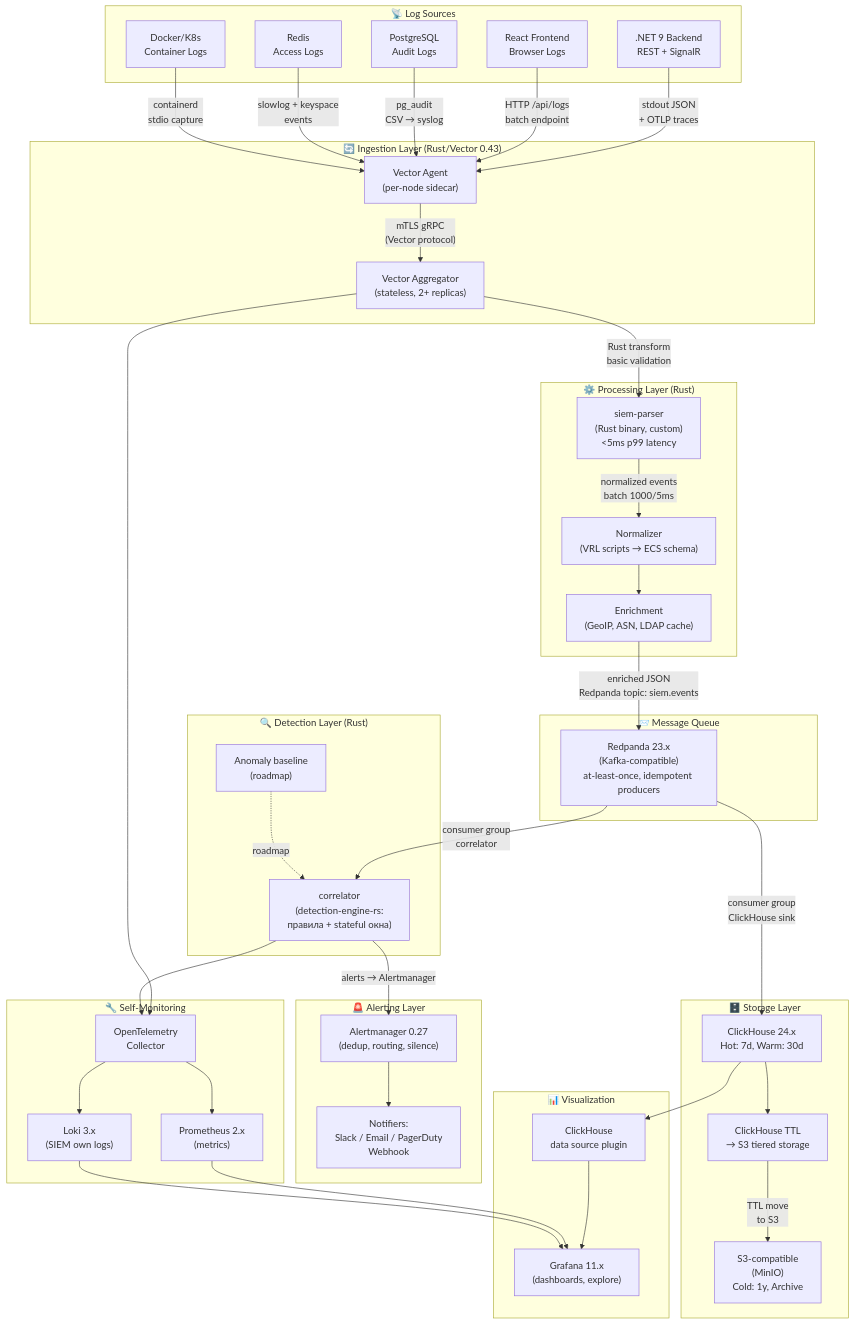
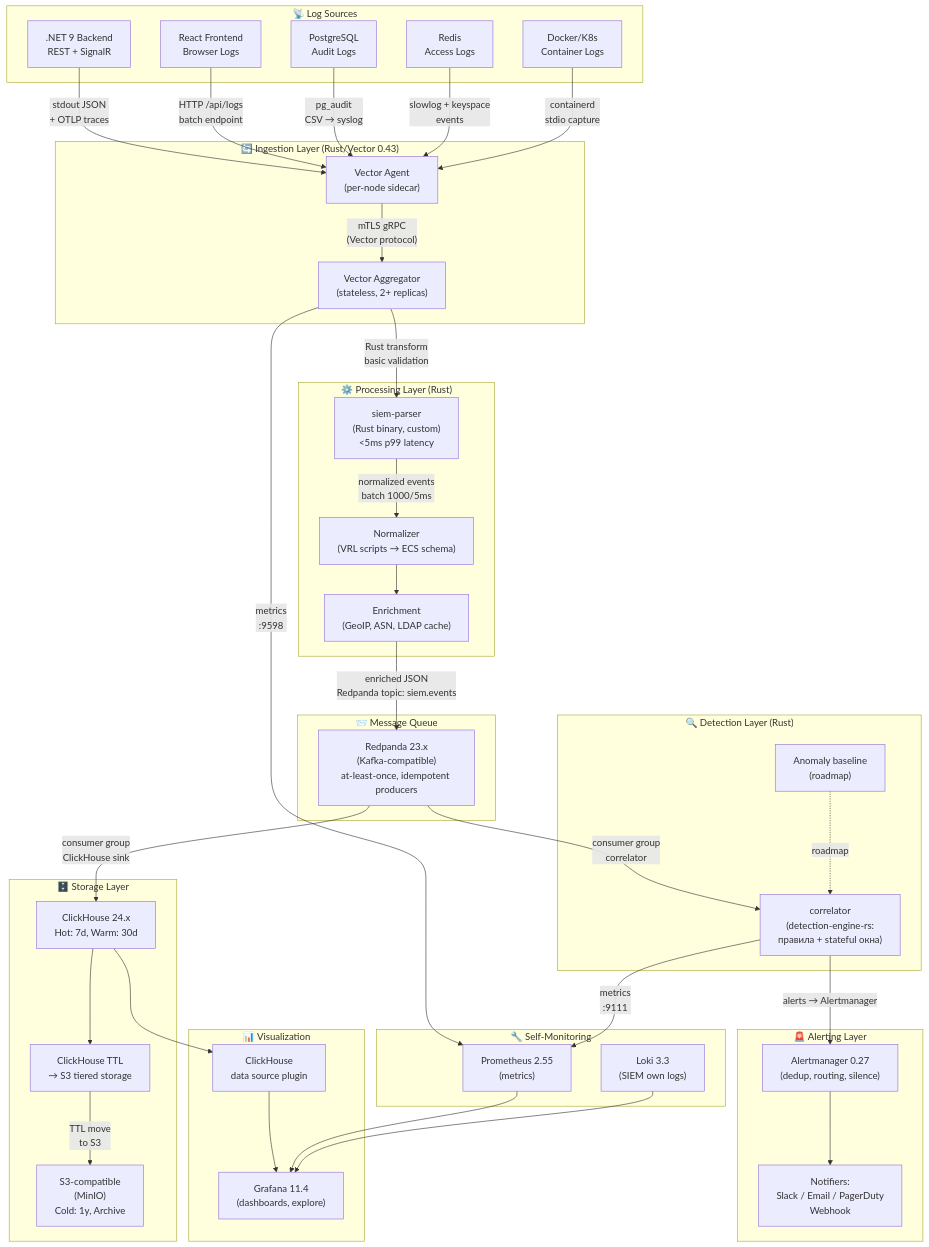
One commit to Davitushka/thread-sync changed the diagram in docs/ARCHITECTURE.md. Above: the diagram before and after it, drawn with Mermaid. The commit also changed other lines of this file and 30 other files, not shown here.

````diff
--- a/docs/ARCHITECTURE.md
+++ b/docs/ARCHITECTURE.md
@@ -46,14 +46,13 @@
     end
 
     subgraph Visualization["📊 Visualization"]
-        GRAFANA["Grafana 11.x\n(dashboards, explore)"]
+        GRAFANA["Grafana 11.4\n(dashboards, explore)"]
         CH_PLUGIN["ClickHouse\ndata source plugin"]
     end
 
     subgraph Ops["🔧 Self-Monitoring"]
-        PROM["Prometheus 2.x\n(metrics)"]
-        LOKI["Loki 3.x\n(SIEM own logs)"]
-        OTEL["OpenTelemetry\nCollector"]
+        PROM["Prometheus 2.55\n(metrics)"]
+        LOKI["Loki 3.3\n(SIEM own logs)"]
     end
 
     BE -->|"stdout JSON\n+ OTLP traces"| VEC
@@ -81,10 +80,8 @@
     CH --> CH_PLUGIN
     CH_PLUGIN --> GRAFANA
 
-    VEC_AGG --> OTEL
-    CORR_ENGINE --> OTEL
-    OTEL --> PROM
-    OTEL --> LOKI
+    VEC_AGG -->|"metrics\n:9598"| PROM
+    CORR_ENGINE -->|"metrics\n:9111"| PROM
     PROM --> GRAFANA
     LOKI --> GRAFANA
 ```
````
